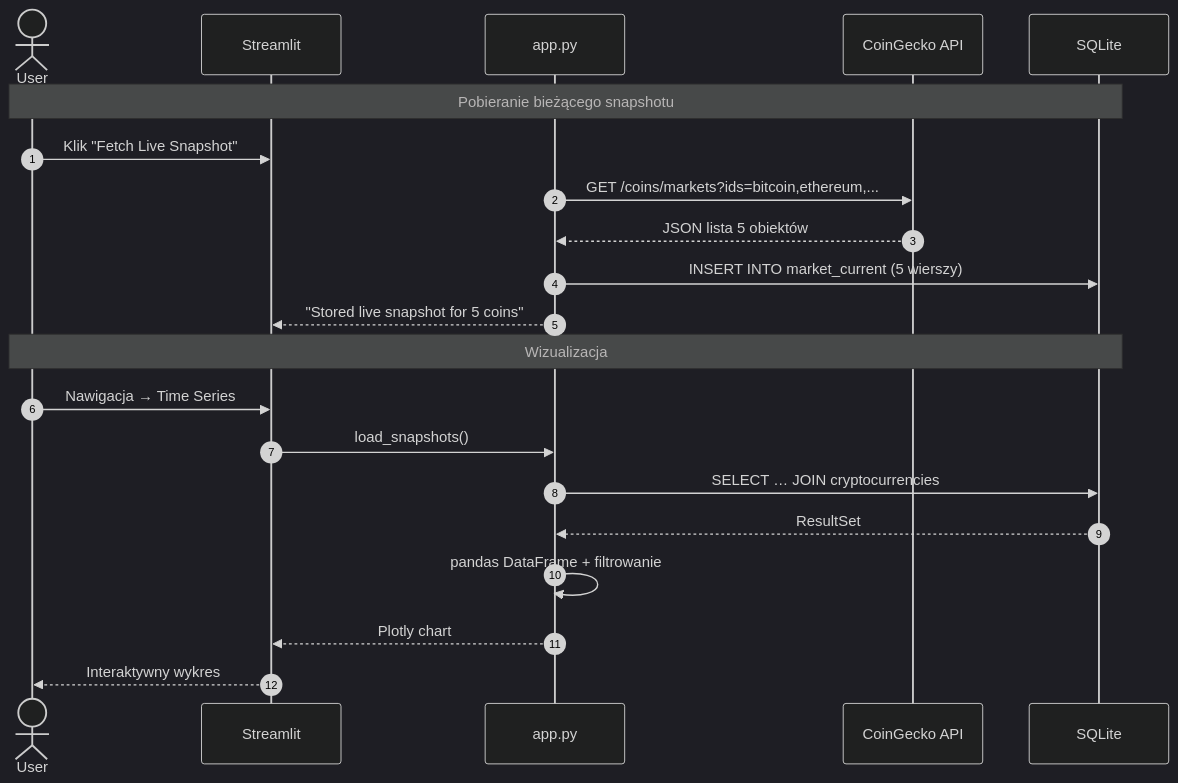
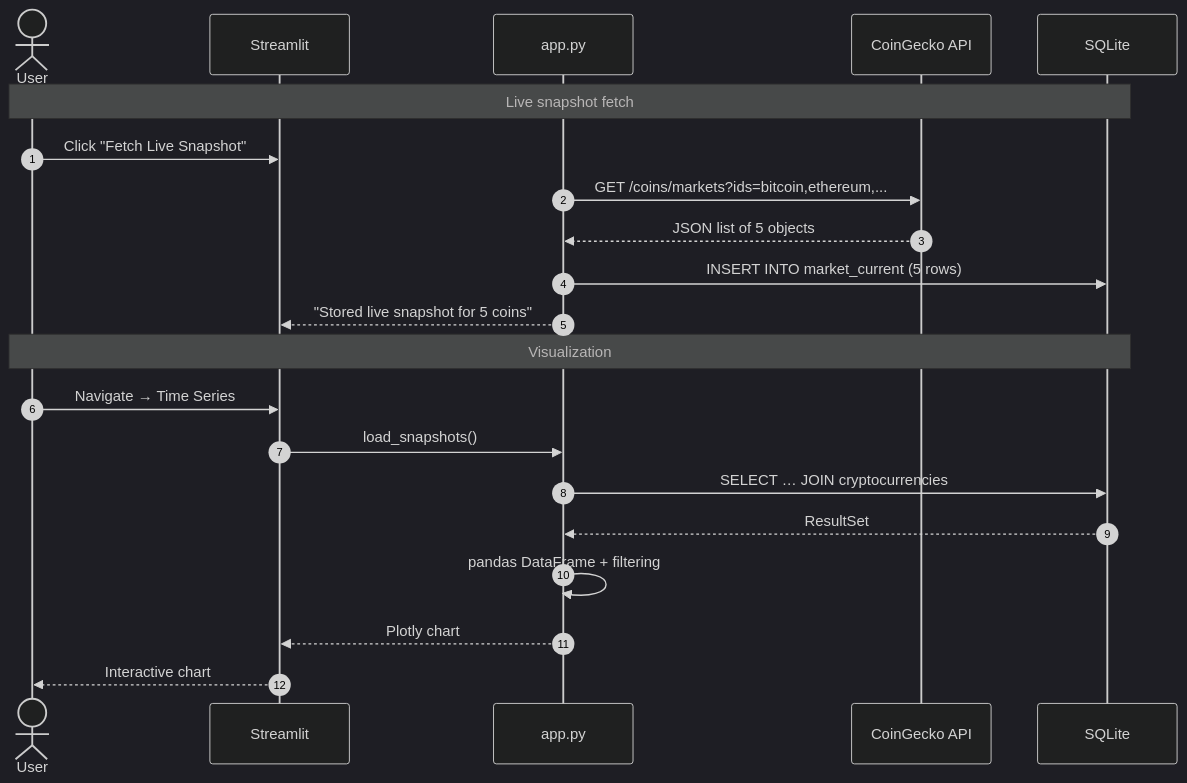
One commit to midusza04/coingeko_project changed the fourth of 8 diagrams in .docs/diagrams.md. Above: the diagram before and after it, drawn with Mermaid (dark theme). The commit also changed other lines of this file and 12 other files, not shown here.

````diff
--- a/.docs/diagrams.md
+++ b/.docs/diagrams.md
@@ -128,25 +128,25 @@
 ```mermaid
 sequenceDiagram
     autonumber
     actor User
     participant UI as Streamlit
     participant App as app.py
     participant API as CoinGecko API
     participant DB as SQLite
 
-    Note over User,DB: Pobieranie bieżącego snapshotu
-    User->>UI: Klik "Fetch Live Snapshot"
+    Note over User,DB: Live snapshot fetch
+    User->>UI: Click "Fetch Live Snapshot"
     App->>API: GET /coins/markets?ids=bitcoin,ethereum,...
-    API-->>App: JSON lista 5 obiektów
-    App->>DB: INSERT INTO market_current (5 wierszy)
+    API-->>App: JSON list of 5 objects
+    App->>DB: INSERT INTO market_current (5 rows)
     App-->>UI: "Stored live snapshot for 5 coins"
 
-    Note over User,DB: Wizualizacja
-    User->>UI: Nawigacja → Time Series
+    Note over User,DB: Visualization
+    User->>UI: Navigate → Time Series
     UI->>App: load_snapshots()
     App->>DB: SELECT … JOIN cryptocurrencies
     DB-->>App: ResultSet
-    App->>App: pandas DataFrame + filtrowanie
+    App->>App: pandas DataFrame + filtering
     App-->>UI: Plotly chart
-    UI-->>User: Interaktywny wykres
+    UI-->>User: Interactive chart
 ```
````
